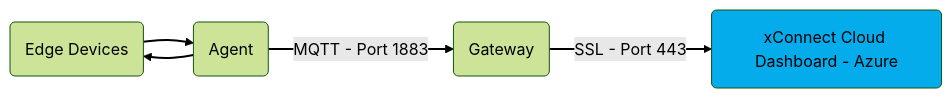
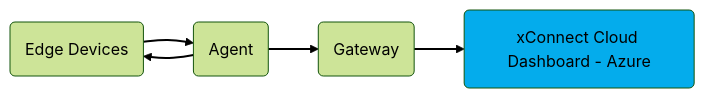
Before and after one commit to senecaxconnect/xconnect_docs: the fourth of 4 diagrams in docs/Platform_Overview.md, drawn with Mermaid (forest theme). The commit also changed other lines of this file and 7 other files, not shown here.

````diff
--- a/docs/Platform_Overview.md
+++ b/docs/Platform_Overview.md
@@ -123,9 +124,9 @@
 ```mermaid
       graph LR
           A(Edge Devices) --> B(Agent)
           B --> A
-          B -->|MQTT - Port 1883|C(Gateway)
-          C -->|SSL - Port 443|D(xConnect Cloud Dashboard - Azure);
+          B -->C(Gateway)
+          C -->D(xConnect Cloud Dashboard - Azure);
           style D fill:#04acec
           linkStyle default stroke-width:2px,fill:none,stroke:black;
 ```
````
